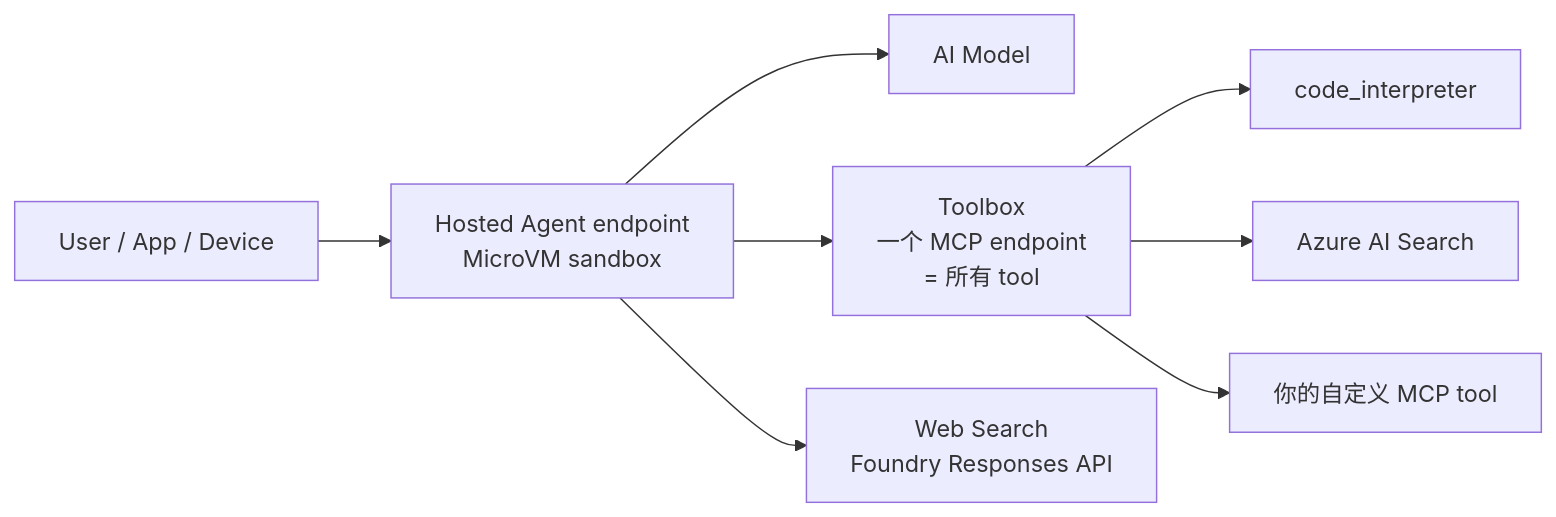
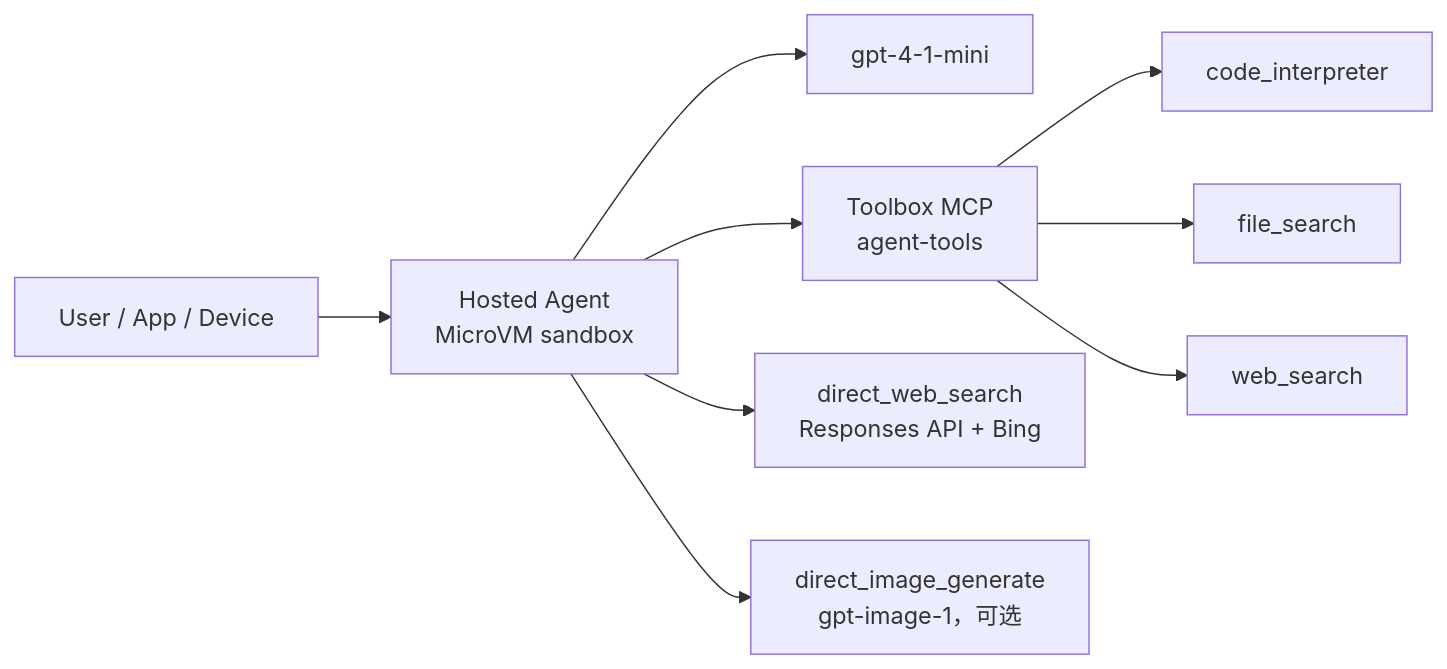
The third of 4 diagrams in Agents/Foundry-Hosted-Agent-Toolbox-Demo/README-CN.md (david-xinyuwei/david-share), drawn with Mermaid before and after one commit. The commit also changed other lines of this file and 2 other files, not shown here.

Commit message:
Fix all stale diagrams: 3 Toolbox tools + MicroVM + direct tools everywhere; add FILE_SEARCH to .env.example

````diff
--- a/Agents/Foundry-Hosted-Agent-Toolbox-Demo/README-CN.md
+++ b/Agents/Foundry-Hosted-Agent-Toolbox-Demo/README-CN.md
@@ -267,10 +267,11 @@
 ```mermaid
 flowchart LR
-    User["User / App / Device"] --> HA["Hosted Agent endpoint<br/>MicroVM sandbox"]
-    HA --> Model["AI Model"]
-    HA --> TB["Toolbox<br/>一个 MCP endpoint<br/>= 所有 tool"]
+    User["User / App / Device"] --> HA["Hosted Agent<br/>MicroVM sandbox"]
+    HA --> Model["gpt-4-1-mini"]
+    HA --> TB["Toolbox MCP<br/>agent-tools"]
     TB --> CI["code_interpreter"]
-    TB --> Search["Azure AI Search"]
-    TB --> Custom["你的自定义 MCP tool"]
-    HA --> WS["Web Search<br/>Foundry Responses API"]
+    TB --> FS["file_search"]
+    TB --> WS_TB["web_search"]
+    HA --> DWS["direct_web_search<br/>Responses API + Bing"]
+    HA --> DIG["direct_image_generate<br/>gpt-image-1，可选"]
 ```
````
